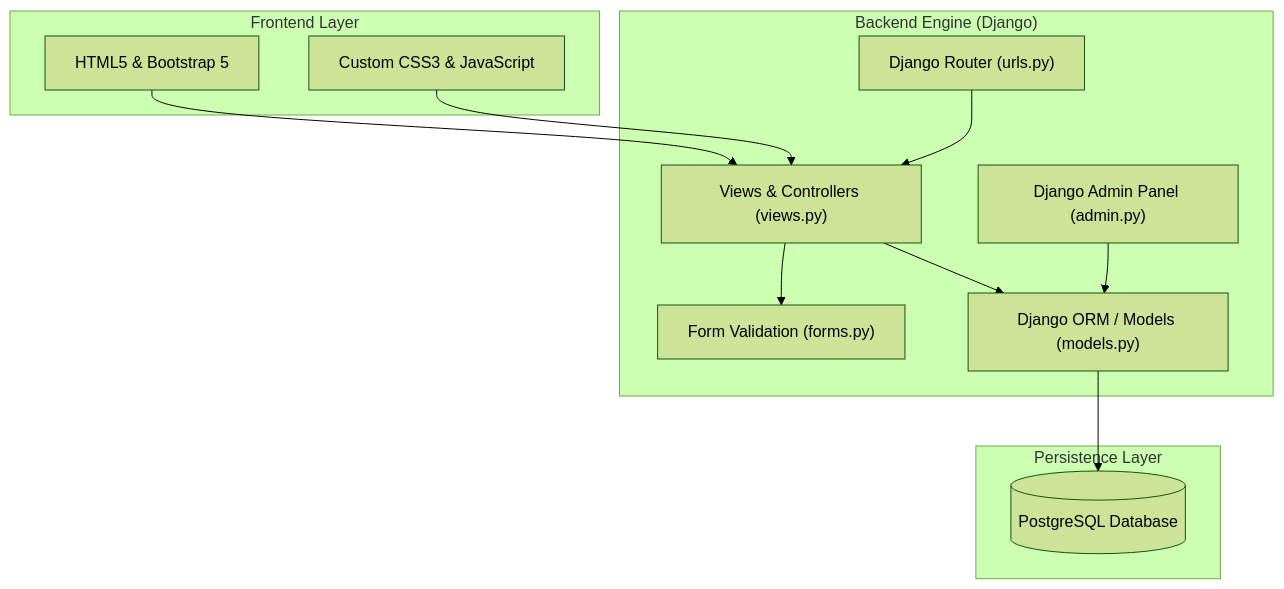
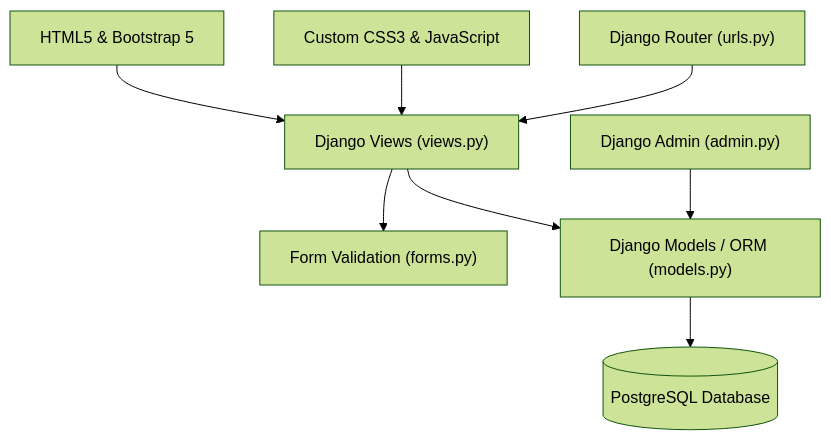
One commit to foysalpranto121/Course_Tracker changed the first of 2 diagrams in README.md. Above: the diagram before and after it, drawn with Mermaid (forest theme). The commit also changed 1 other file, not shown here.

Commit message:
edit readme file

````diff
--- a/README.md
+++ b/README.md
@@ -34,27 +34,10 @@
 ```mermaid
-flowchart TD
-    subgraph FRONTEND["Frontend Layer"]
-        UI["HTML5 & Bootstrap 5"]
-        ST["Custom CSS3 & JavaScript"]
-    end
-
-    subgraph BACKEND["Backend Engine (Django)"]
-        URL["Django Router (urls.py)"]
-        VIEW["Views & Controllers (views.py)"]
-        FORM["Form Validation (forms.py)"]
-        MDL["Django ORM / Models (models.py)"]
-        ADM["Django Admin Panel (admin.py)"]
-    end
-
-    subgraph DATABASE["Persistence Layer"]
-        DB[("PostgreSQL Database")]
-    end
-
-    UI --> VIEW
-    ST --> VIEW
-    URL --> VIEW
-    VIEW --> FORM
-    VIEW --> MDL
-    MDL --> DB
-    ADM --> MDL
+graph TD
+    UI["HTML5 & Bootstrap 5"] --> VIEW["Django Views (views.py)"]
+    ST["Custom CSS3 & JavaScript"] --> VIEW
+    URL["Django Router (urls.py)"] --> VIEW
+    VIEW --> FORM["Form Validation (forms.py)"]
+    VIEW --> MDL["Django Models / ORM (models.py)"]
+    MDL --> DB[("PostgreSQL Database")]
+    ADM["Django Admin (admin.py)"] --> MDL
 ```
````
